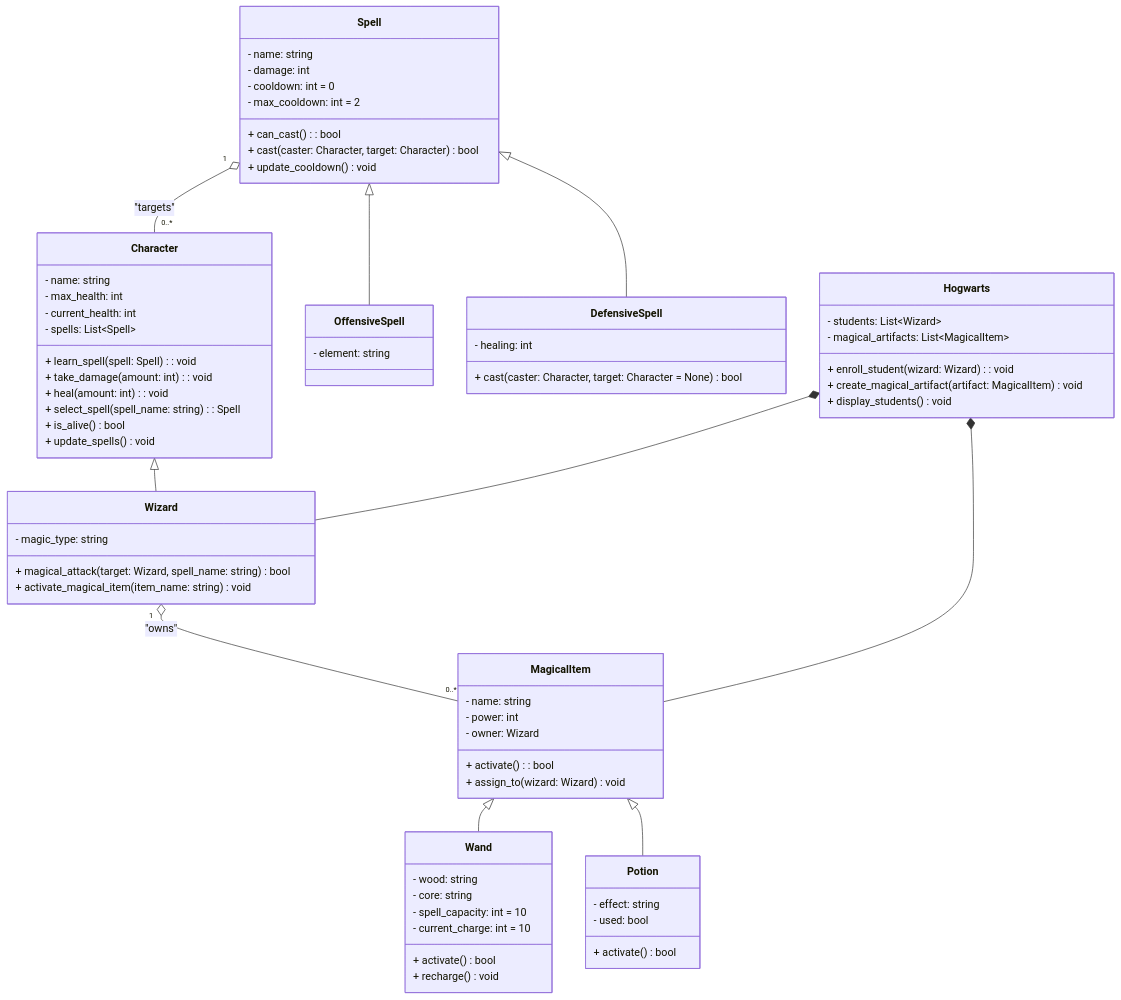
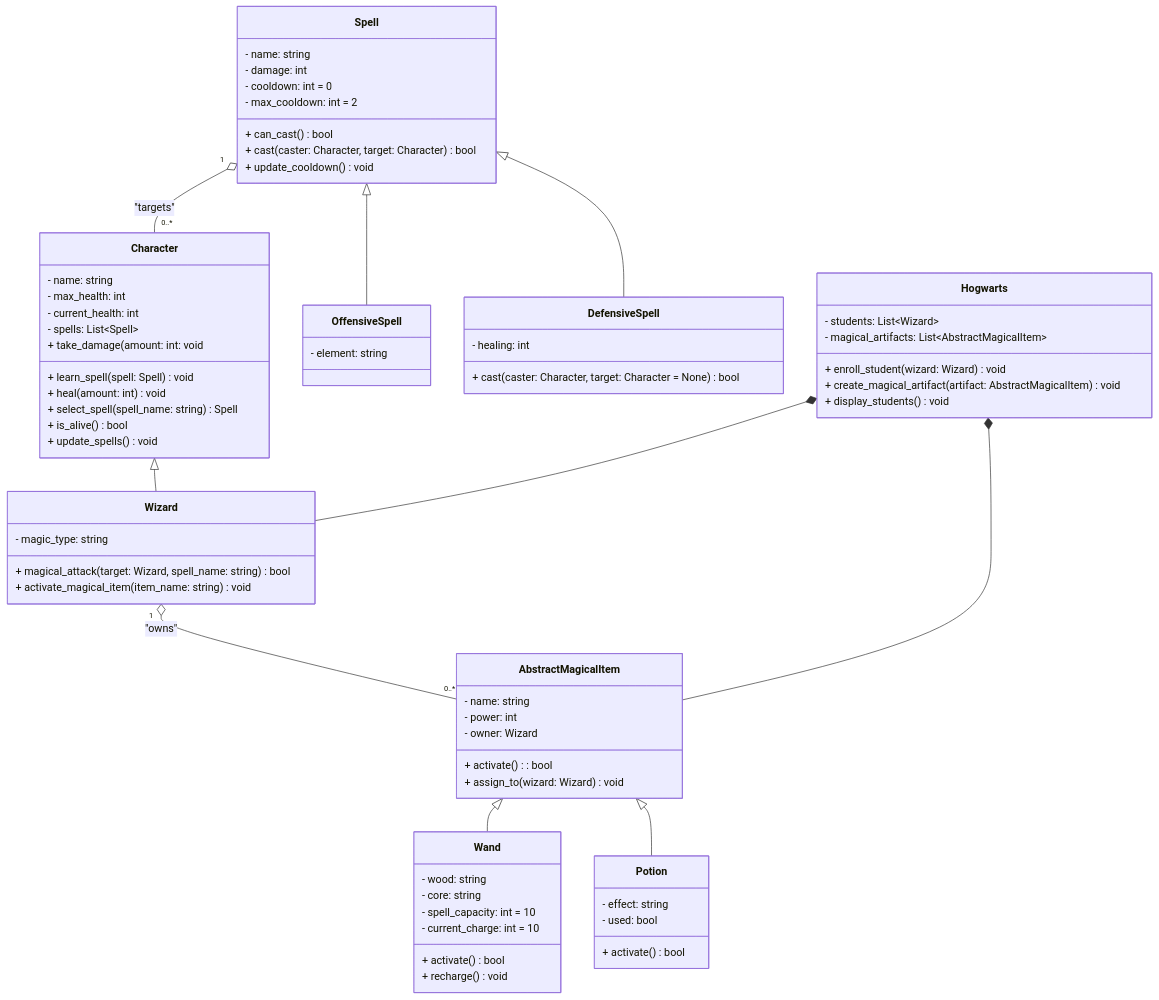
One commit to aldevgen/aldevgen.github.io changed the first of 6 diagrams in _formations/oop/3_relations.md. Above: the diagram before and after it, drawn with Mermaid. The commit also changed other lines of this file and 2 other files, not shown here.

Commit message:
Fix titles and Hogwarts exercise

````diff
--- a/_formations/oop/3_relations.md
+++ b/_formations/oop/3_relations.md
@@ -61,77 +61,77 @@
 ```mermaid
 classDiagram
-    class MagicalItem {
+    class AbstractMagicalItem {
         - name: string
         - power: int
         - owner: Wizard
         + activate(): bool
         + assign_to(wizard: Wizard) void
     }
     class Wand {
         - wood: string
         - core: string
         - spell_capacity: int = 10
         - current_charge: int = 10
         + activate() bool
         + recharge() void
     }
     class Potion {
         - effect: string
         - used: bool
         + activate() bool
     }
-    MagicalItem <|-- Wand
-    MagicalItem <|-- Potion
+    AbstractMagicalItem <|-- Wand
+    AbstractMagicalItem <|-- Potion
 
     class Character {
         - name: string
         - max_health: int
         - current_health: int
         - spells: List~Spell~
-        + learn_spell(spell: Spell): void
-        + take_damage(amount: int): void
-        + heal(amount: int): void
-        + select_spell(spell_name: string): Spell
+        + learn_spell(spell: Spell) void
+        + take_damage(amount: int: void
+        + heal(amount: int) void
+        + select_spell(spell_name: string) Spell
         + is_alive() bool
         + update_spells() void
     }
     class Wizard {
         - magic_type: string
         + magical_attack(target: Wizard, spell_name: string) bool
         + activate_magical_item(item_name: string) void
     }
     Character <|-- Wizard
-    Wizard "1" o-- "0..*" MagicalItem : "owns"
+    Wizard "1" o-- "0..*" AbstractMagicalItem : "owns"
 
     class Spell {
         - name: string
         - damage: int
         - cooldown: int = 0
         - max_cooldown: int = 2
-        + can_cast(): bool
+        + can_cast() bool
         + cast(caster: Character, target: Character) bool
         + update_cooldown() void
     }
     class OffensiveSpell {
         - element: string
     }
     class DefensiveSpell {
         - healing: int
         + cast(caster: Character, target: Character =  None) bool
     }
     Spell <|-- OffensiveSpell
     Spell <|-- DefensiveSpell
     Spell "1" o-- "0..*" Character : "targets"
 
     class Hogwarts {
         - students: List~Wizard~
-        - magical_artifacts: List~MagicalItem~
-        + enroll_student(wizard: Wizard): void
-        + create_magical_artifact(artifact: MagicalItem) void
+        - magical_artifacts: List~AbstractMagicalItem~
+        + enroll_student(wizard: Wizard) void
+        + create_magical_artifact(artifact: AbstractMagicalItem) void
         + display_students() void
     }
     
     Hogwarts *-- Wizard
-    Hogwarts *-- MagicalItem
+    Hogwarts *-- AbstractMagicalItem
     
 ```
````
